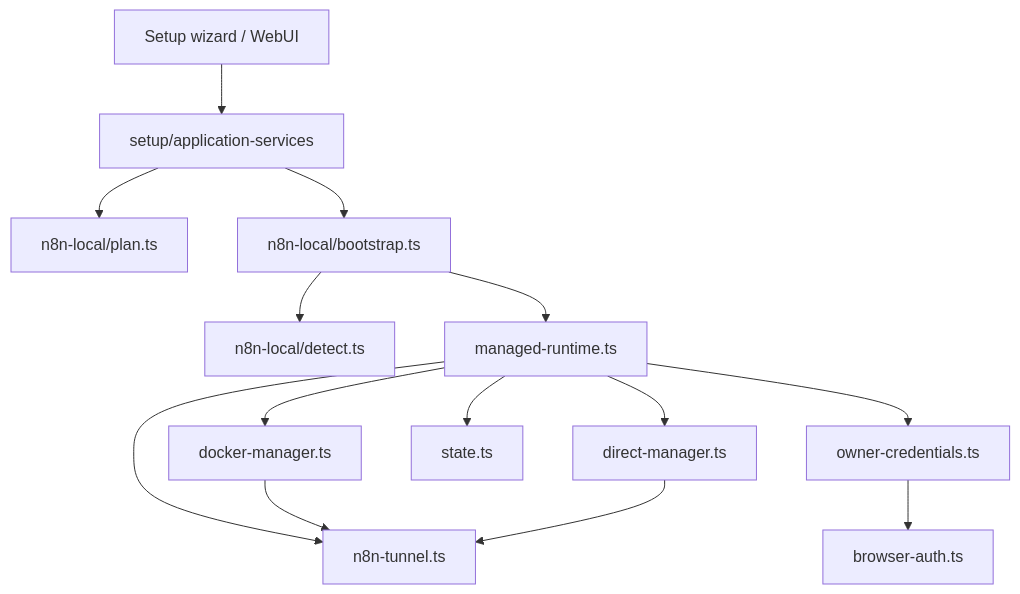
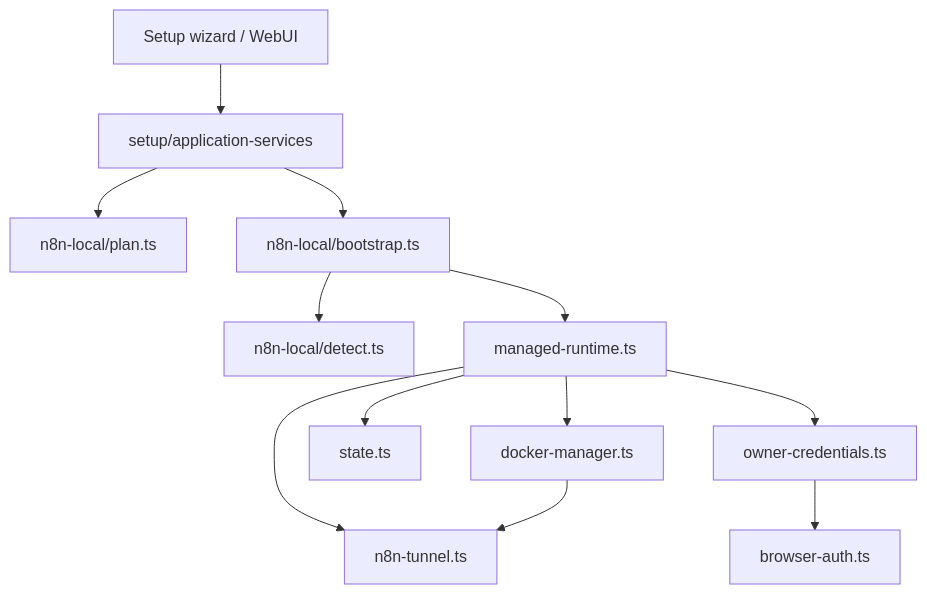
Before and after one commit to EtienneLescot/yagr: the first of 2 diagrams in architecture/current/n8n-instances.md, drawn with Mermaid. The commit also changed other lines of this file and 13 other files, not shown here.

````diff
--- a/architecture/current/n8n-instances.md
+++ b/architecture/current/n8n-instances.md
@@ -69,16 +66,14 @@
 ```mermaid
 flowchart TD
     UI[Setup wizard / WebUI] --> APP[setup/application-services]
     APP --> PLAN[n8n-local/plan.ts]
     APP --> BOOT[n8n-local/bootstrap.ts]
     BOOT --> DET[n8n-local/detect.ts]
     BOOT --> MGR[managed-runtime.ts]
     MGR --> DOCKER[docker-manager.ts]
-    MGR --> DIRECT[direct-manager.ts]
     MGR --> STATE[state.ts]
     MGR --> CREDS[owner-credentials.ts]
     CREDS --> AUTH[browser-auth.ts]
     MGR --> TUNNEL[n8n-tunnel.ts]
     DOCKER --> TUNNEL
-    DIRECT --> TUNNEL
 ```
````
